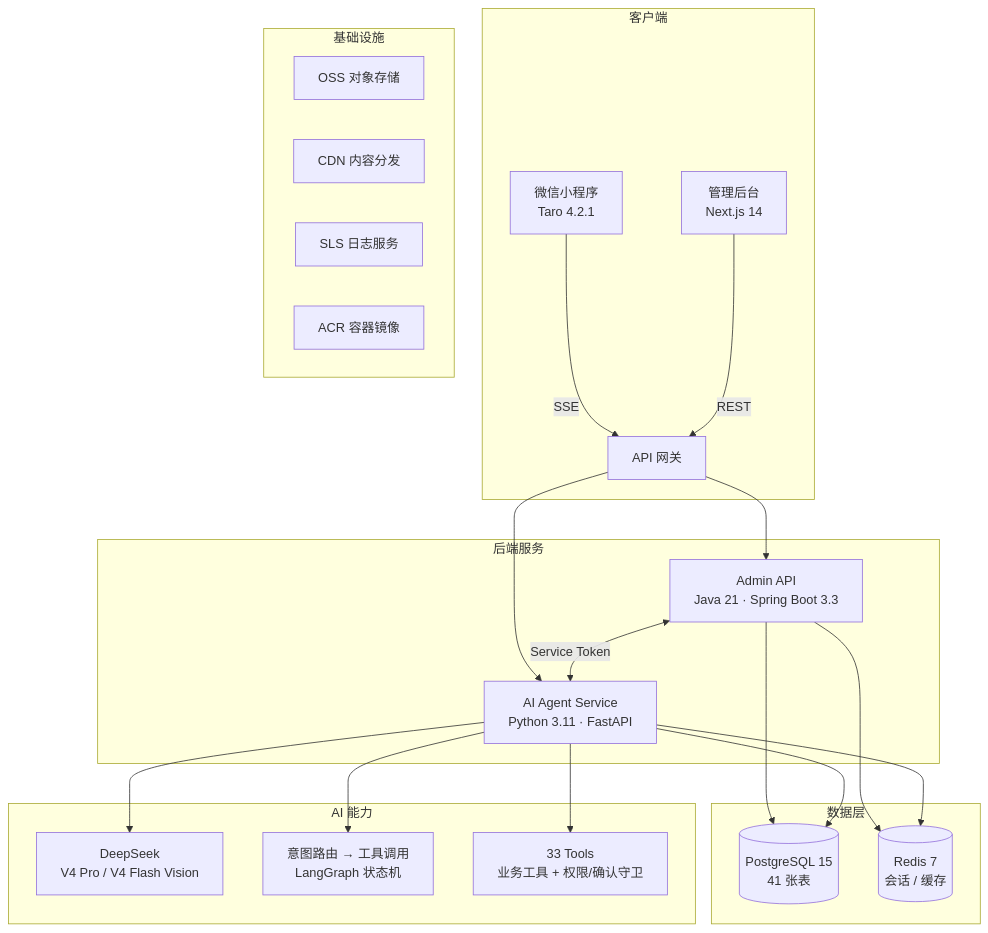
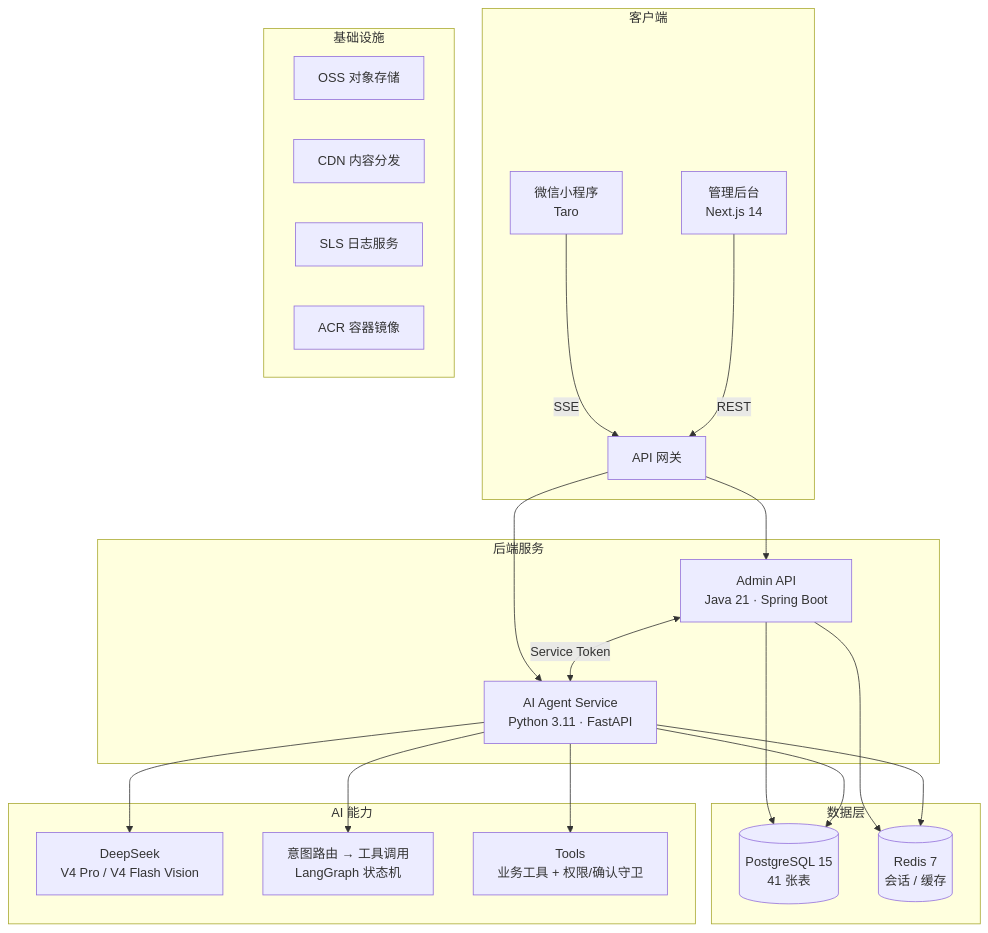
One commit to zhaokai-mgzn/migao changed the diagram in README.md. Above: the diagram before and after it, drawn with Mermaid. The commit also changed other lines of this file and 7 other files, not shown here.

````diff
--- a/README.md
+++ b/README.md
@@ -22,33 +22,33 @@
 ```mermaid
 graph TB
     subgraph 客户端
-        A[微信小程序<br/>Taro 4.2.1] --> |SSE| GW[API 网关]
+        A[微信小程序<br/>Taro] --> |SSE| GW[API 网关]
         B[管理后台<br/>Next.js 14] --> |REST| GW
     end
 
     subgraph 后端服务
-        GW --> C[Admin API<br/>Java 21 · Spring Boot 3.3]
+        GW --> C[Admin API<br/>Java 21 · Spring Boot]
         GW --> D[AI Agent Service<br/>Python 3.11 · FastAPI]
         C <--> |Service Token| D
     end
 
     subgraph 数据层
         C --> E[(PostgreSQL 15<br/>41 张表)]
         C --> F[(Redis 7<br/>会话 / 缓存)]
         D --> E
         D --> F
     end
 
     subgraph AI 能力
         D --> H[DeepSeek<br/>V4 Pro / V4 Flash Vision]
         D --> I[意图路由 → 工具调用<br/>LangGraph 状态机]
-        D --> J[33 Tools<br/>业务工具 + 权限/确认守卫]
+        D --> J[Tools<br/>业务工具 + 权限/确认守卫]
     end
 
     subgraph 基础设施
         K[OSS 对象存储]
         L[CDN 内容分发]
         M[SLS 日志服务]
         N[ACR 容器镜像]
     end
 ```
````
